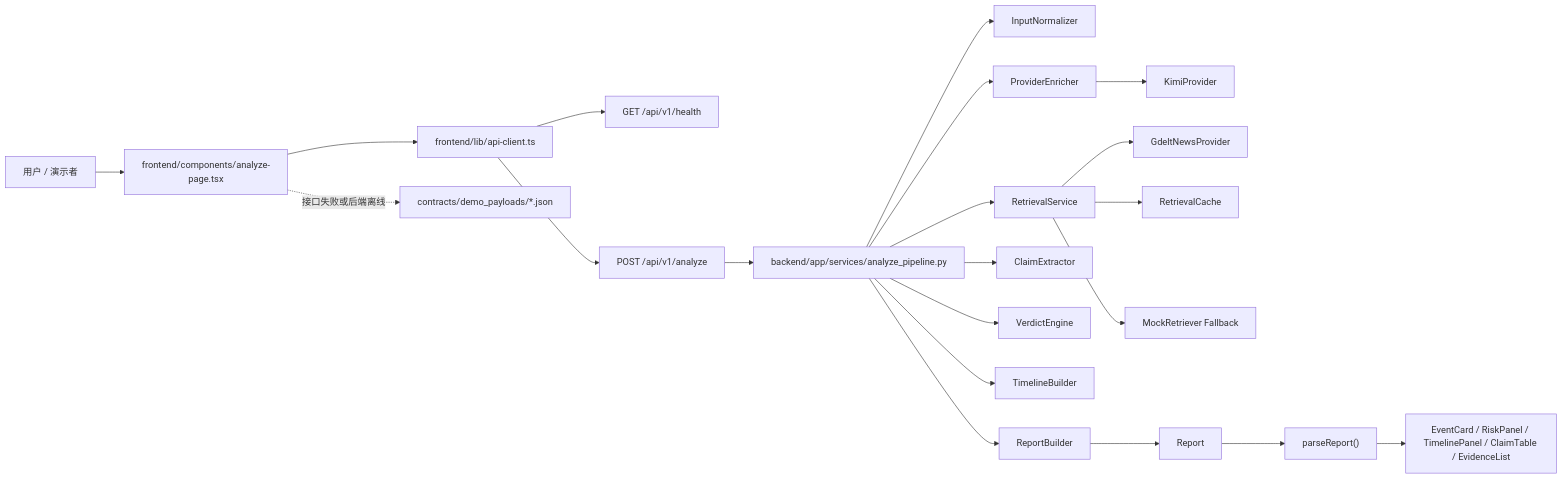
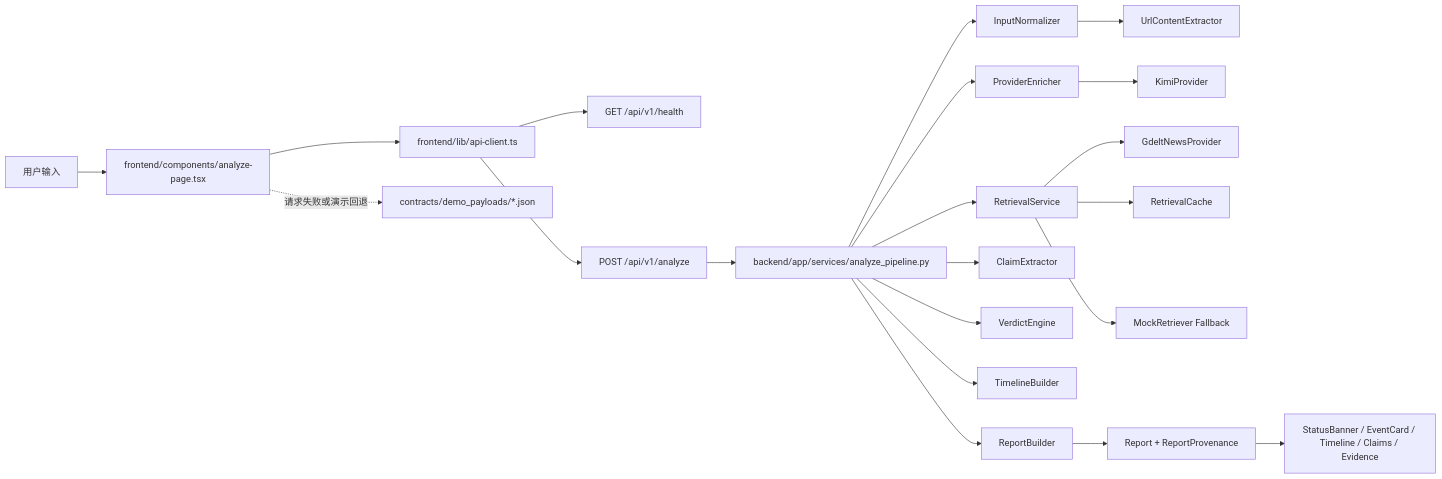
Before and after one commit to forwaryan/rumor-checking: the diagram in overview/06_current_code_implementation.md, drawn with Mermaid. The commit also changed other lines of this file and 15 other files, not shown here.

````diff
--- a/overview/06_current_code_implementation.md
+++ b/overview/06_current_code_implementation.md
@@ -50,25 +20,25 @@
 ```mermaid
 flowchart LR
-    U["用户 / 演示者"] --> FE["frontend/components/analyze-page.tsx"]
-    FE --> AC["frontend/lib/api-client.ts"]
-    AC --> HEALTH["GET /api/v1/health"]
-    AC --> ANALYZE["POST /api/v1/analyze"]
+    U["用户输入"] --> FE["frontend/components/analyze-page.tsx"]
+    FE --> API["frontend/lib/api-client.ts"]
+    API --> HEALTH["GET /api/v1/health"]
+    API --> ANALYZE["POST /api/v1/analyze"]
 
     ANALYZE --> PIPE["backend/app/services/analyze_pipeline.py"]
     PIPE --> N["InputNormalizer"]
+    N --> URLX["UrlContentExtractor"]
     PIPE --> P["ProviderEnricher"]
     P --> K["KimiProvider"]
-    PIPE --> RS["RetrievalService"]
-    RS --> RP["GdeltNewsProvider"]
-    RS --> RC["RetrievalCache"]
-    RS --> MR["MockRetriever Fallback"]
-    PIPE --> C["ClaimExtractor"]
+    PIPE --> R["RetrievalService"]
+    R --> G["GdeltNewsProvider"]
+    R --> C["RetrievalCache"]
+    R --> M["MockRetriever Fallback"]
+    PIPE --> CE["ClaimExtractor"]
     PIPE --> V["VerdictEngine"]
     PIPE --> T["TimelineBuilder"]
     PIPE --> RB["ReportBuilder"]
-    RB --> OUT["Report"]
+    RB --> OUT["Report + ReportProvenance"]
 
-    OUT --> PARSE["parseReport()"]
-    PARSE --> UI["EventCard / RiskPanel / TimelinePanel / ClaimTable / EvidenceList"]
-    FE -.接口失败或后端离线.-> DEMO["contracts/demo_payloads/*.json"]
+    OUT --> UI["StatusBanner / EventCard / Timeline / Claims / Evidence"]
+    FE -.请求失败或演示回退.-> DEMO["contracts/demo_payloads/*.json"]
 ```
````
